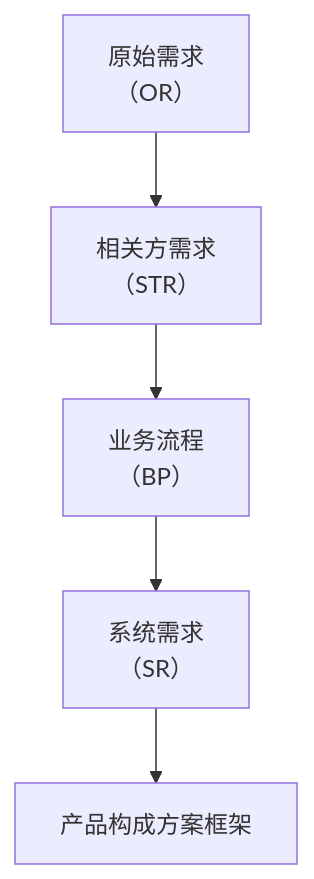
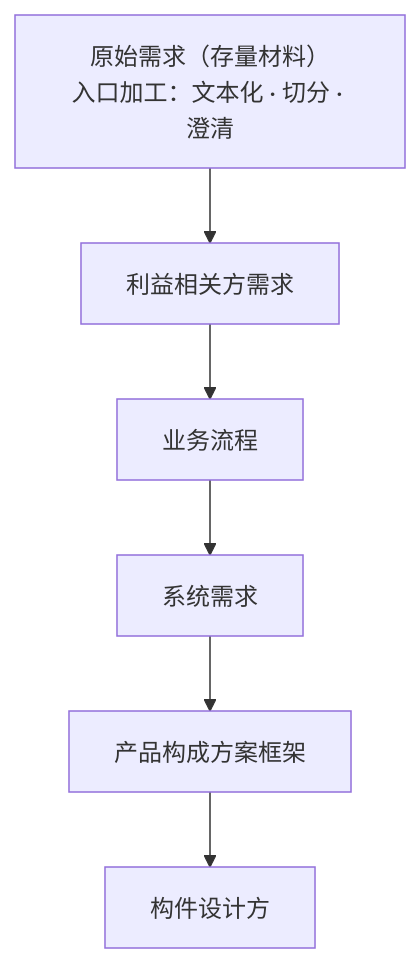
Before and after one commit to Yongjunzhou/AOS-system-design: the diagram in 100-subprojects/01-系统工程研究/03-架构师是个怎样的物种/成书/build/.mmd/ch06-fig03.mmd, drawn with Mermaid. The commit also changed 177 other files, not shown here.

```diff
--- a/100-subprojects/01-系统工程研究/03-架构师是个怎样的物种/成书/build/.mmd/ch06-fig03.mmd
+++ b/100-subprojects/01-系统工程研究/03-架构师是个怎样的物种/成书/build/.mmd/ch06-fig03.mmd
@@ -1,5 +1,6 @@
 flowchart TD
-    OR["原始需求<br/>（OR）"] --> STR["相关方需求<br/>（STR）"]
-    STR --> BP["业务流程<br/>（BP）"]
-    BP --> SR["系统需求<br/>（SR）"]
+    OR["原始需求（存量材料）<br/>入口加工：文本化 · 切分 · 澄清"] --> STR["利益相关方需求"]
+    STR --> BP["业务流程"]
+    BP --> SR["系统需求"]
     SR --> PA["产品构成方案框架"]
+    PA --> DEV["构件设计方"]
```
